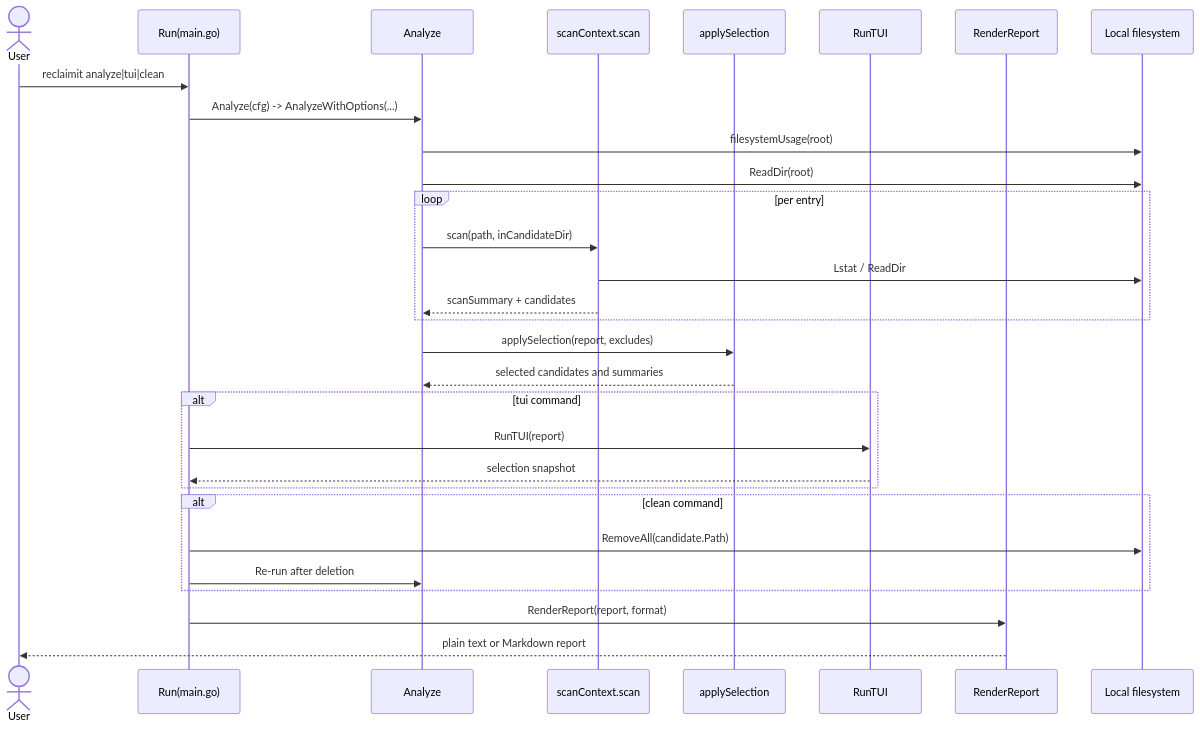
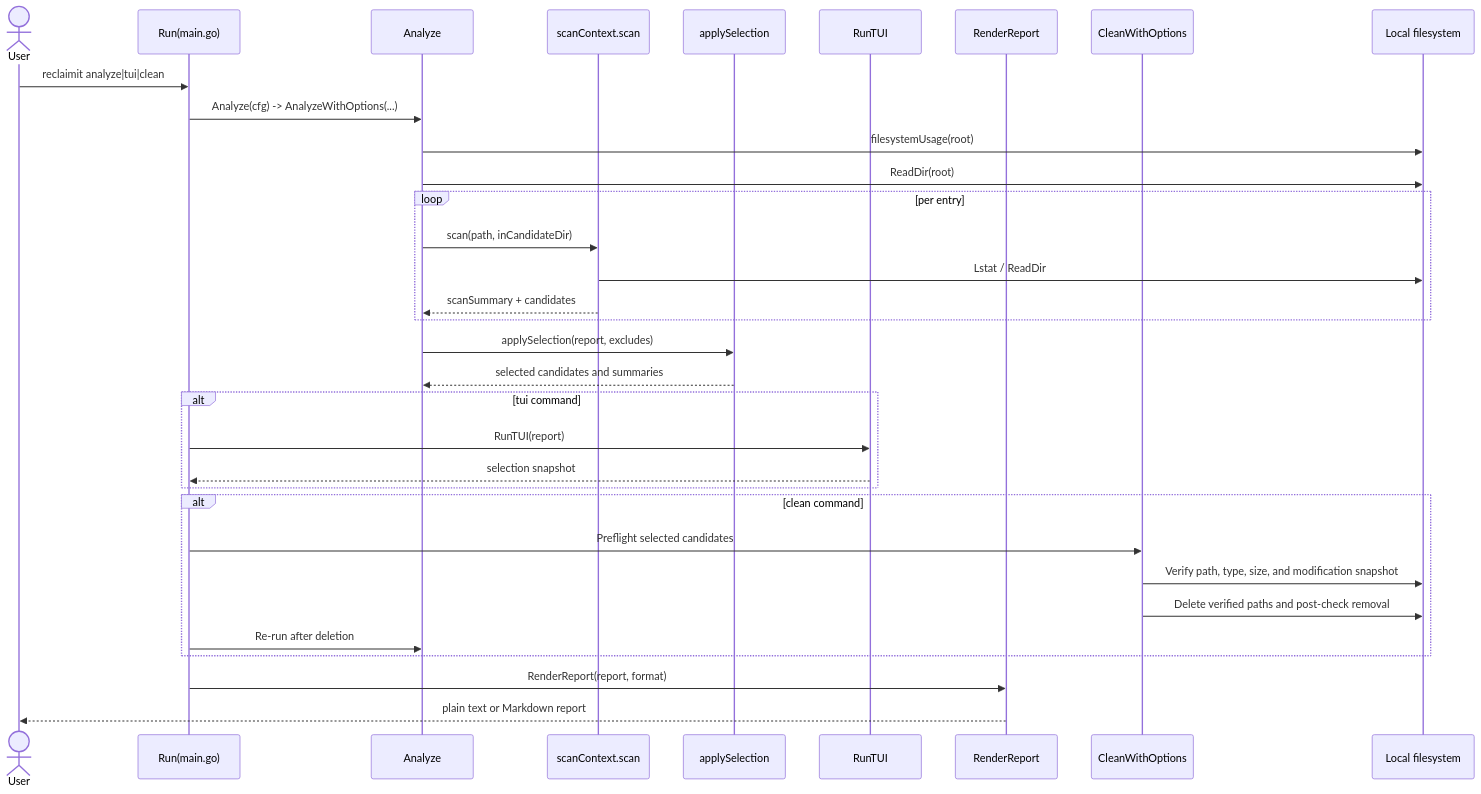
The fifth of 6 diagrams in docs/architecture.md (svg153/reclaimit), drawn with Mermaid before and after one commit. The commit also changed other lines of this file, not shown here.

Commit message:
docs(architecture): describe verified cleanup flow

````diff
--- a/docs/architecture.md
+++ b/docs/architecture.md
@@ -130,33 +130,36 @@
 ```mermaid
 sequenceDiagram
     actor User
     participant CLI as Run(main.go)
     participant Analyze as Analyze
     participant Scan as scanContext.scan
     participant Select as applySelection
     participant TUI as RunTUI
     participant Render as RenderReport
+    participant Clean as CleanWithOptions
     participant FS as Local filesystem
 
     User->>CLI: reclaimit analyze|tui|clean
     CLI->>Analyze: Analyze(cfg) -> AnalyzeWithOptions(...)
     Analyze->>FS: filesystemUsage(root)
     Analyze->>FS: ReadDir(root)
     loop per entry
         Analyze->>Scan: scan(path, inCandidateDir)
         Scan->>FS: Lstat / ReadDir
         Scan-->>Analyze: scanSummary + candidates
     end
     Analyze->>Select: applySelection(report, excludes)
     Select-->>Analyze: selected candidates and summaries
     alt tui command
         CLI->>TUI: RunTUI(report)
         TUI-->>CLI: selection snapshot
     end
     alt clean command
-        CLI->>FS: RemoveAll(candidate.Path)
+        CLI->>Clean: Preflight selected candidates
+        Clean->>FS: Verify path, type, size, and modification snapshot
+        Clean->>FS: Delete verified paths and post-check removal
         CLI->>Analyze: Re-run after deletion
     end
     CLI->>Render: RenderReport(report, format)
     Render-->>User: plain text or Markdown report
 ```
````
